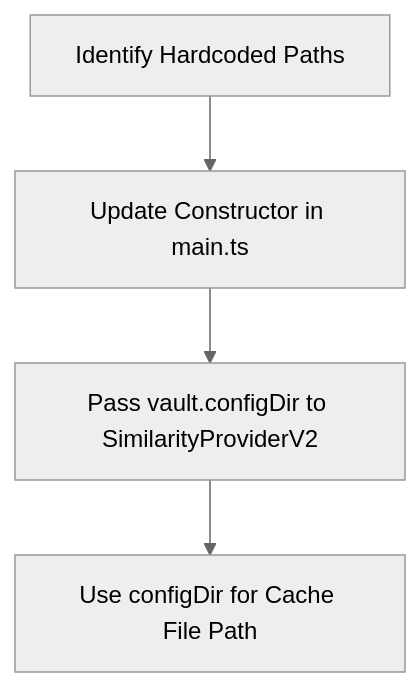
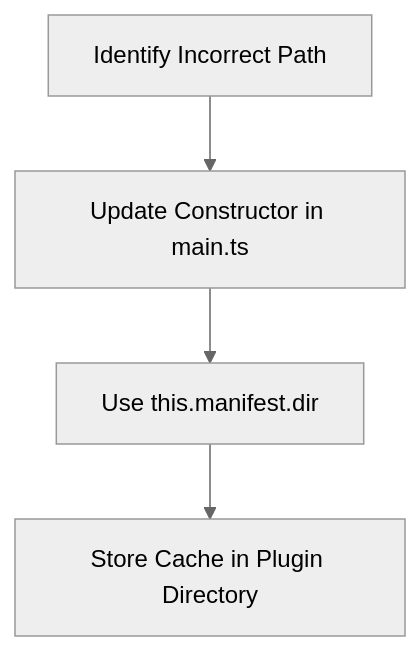
The second of 18 diagrams in LLM.md (mrboxtobox/obsidian-related-notes), drawn with Mermaid (neutral theme) before and after one commit. The commit also changed other lines of this file and 6 other files, not shown here.

````diff
--- a/LLM.md
+++ b/LLM.md
@@ -36,6 +36,6 @@
    ```mermaid
    graph TD
-      A[Identify Hardcoded Paths] --> B[Update Constructor in main.ts]
-      B --> C[Pass vault.configDir to SimilarityProviderV2]
-      C --> D[Use configDir for Cache File Path]
+      A[Identify Incorrect Path] --> B[Update Constructor in main.ts]
+      B --> C[Use this.manifest.dir]
+      C --> D[Store Cache in Plugin Directory]
    ```
````
